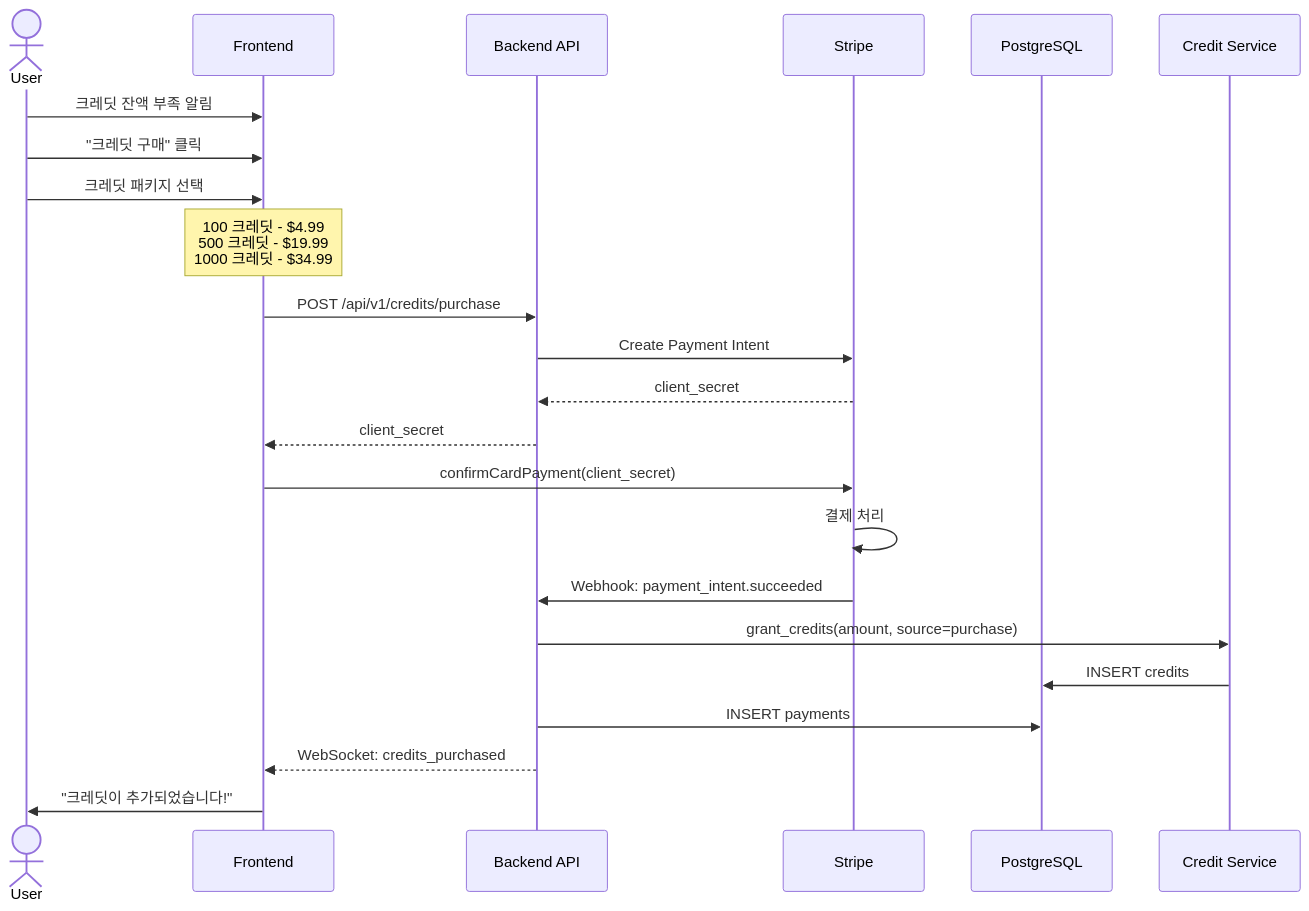
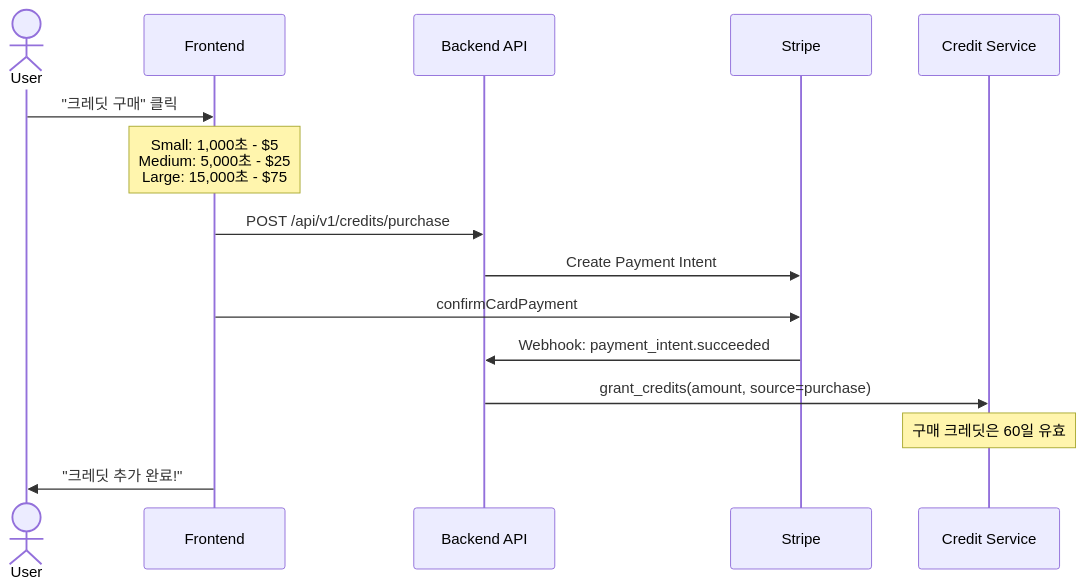
One commit to Pinksea-AI/InvokeAI changed the tenth of 11 diagrams in docs/saas-analysis/05_SUBSCRIPTION_BILLING_SYSTEM.md. Above: the diagram before and after it, drawn with Mermaid. The commit also changed other lines of this file and 6 other files, not shown here.

````diff
--- a/docs/saas-analysis/05_SUBSCRIPTION_BILLING_SYSTEM.md
+++ b/docs/saas-analysis/05_SUBSCRIPTION_BILLING_SYSTEM.md
@@ -783,30 +761,20 @@
 ```mermaid
 sequenceDiagram
     actor User
     participant UI as Frontend
     participant API as Backend API
     participant Stripe as Stripe
-    participant DB as PostgreSQL
     participant Credit as Credit Service
 
-    User->>UI: 크레딧 잔액 부족 알림
     User->>UI: "크레딧 구매" 클릭
-    User->>UI: 크레딧 패키지 선택
-    Note over UI: 100 크레딧 - $4.99<br/>500 크레딧 - $19.99<br/>1000 크레딧 - $34.99
+    Note over UI: Small: 1,000초 - $5<br/>Medium: 5,000초 - $25<br/>Large: 15,000초 - $75
 
     UI->>API: POST /api/v1/credits/purchase
     API->>Stripe: Create Payment Intent
-    Stripe-->>API: client_secret
-    API-->>UI: client_secret
-
-    UI->>Stripe: confirmCardPayment(client_secret)
-    Stripe->>Stripe: 결제 처리
+    UI->>Stripe: confirmCardPayment
     Stripe->>API: Webhook: payment_intent.succeeded
 
     API->>Credit: grant_credits(amount, source=purchase)
-    Credit->>DB: INSERT credits
-    API->>DB: INSERT payments
-    API-->>UI: WebSocket: credits_purchased
-
-    UI->>User: "크레딧이 추가되었습니다!"
+    Note over Credit: 구매 크레딧은 60일 유효
+    UI->>User: "크레딧 추가 완료!"
 ```
````
